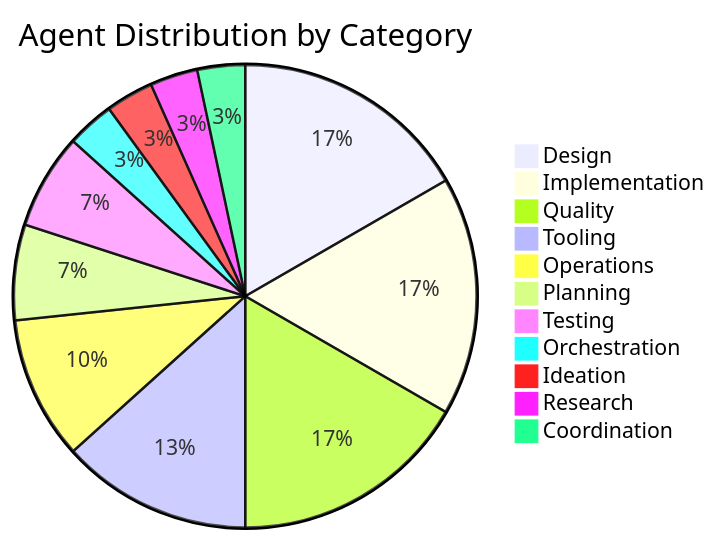
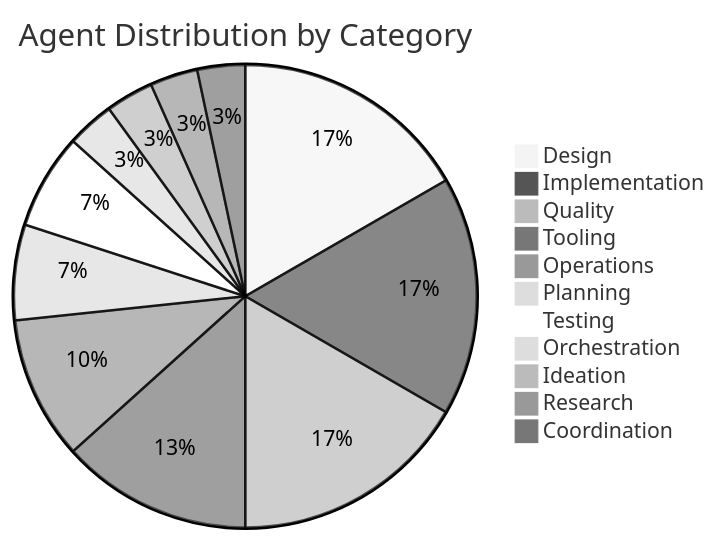
Before and after one commit to veerababumanyam/CodeBot: the first of 3 diagrams in README.md, drawn with Mermaid. The commit also changed other lines of this file and 1 other file, not shown here.

````diff
--- a/README.md
+++ b/README.md
@@ -494,14 +396,15 @@
 ```mermaid
+%%{init: {'theme': 'neutral'}}%%
 pie title Agent Distribution by Category
     "Design" : 5
     "Implementation" : 5
     "Quality" : 5
     "Tooling" : 4
     "Operations" : 3
     "Planning" : 2
     "Testing" : 2
     "Orchestration" : 1
     "Ideation" : 1
     "Research" : 1
     "Coordination" : 1
 ```
````
